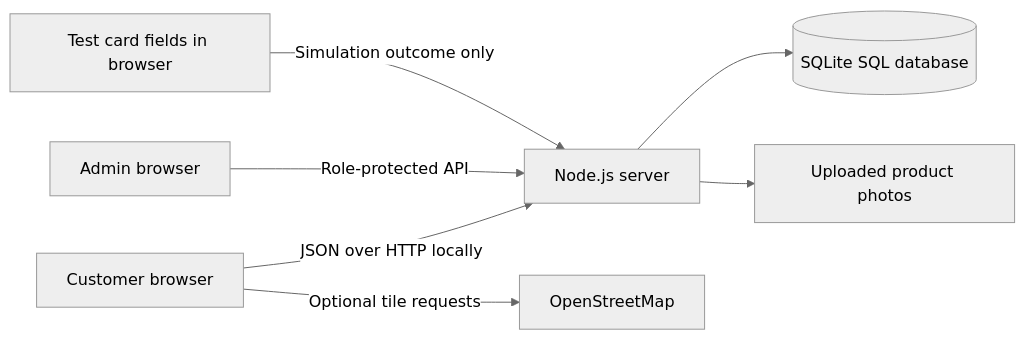
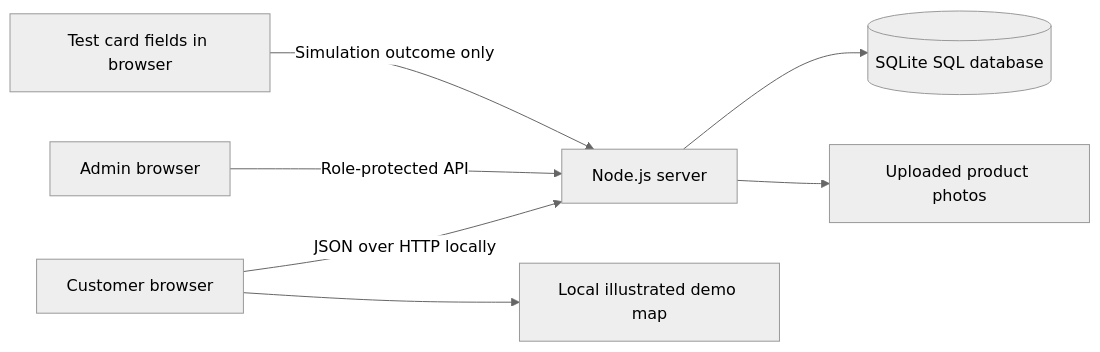
One commit to xynvm120/Sako-Supply changed the diagram in docs/DEFENSE.md. Above: the diagram before and after it, drawn with Mermaid (neutral theme). The commit also changed other lines of this file and 47 other files, not shown here.

````diff
--- a/docs/DEFENSE.md
+++ b/docs/DEFENSE.md
@@ -21,9 +21,9 @@
 ```mermaid
 flowchart LR
     C[Customer browser] -->|JSON over HTTP locally| A[Node.js server]
     M[Admin browser] -->|Role-protected API| A
     A --> D[(SQLite SQL database)]
     A --> F[Uploaded product photos]
-    C -->|Optional tile requests| O[OpenStreetMap]
+    C --> L[Local illustrated demo map]
     P[Test card fields in browser] -->|Simulation outcome only| A
 ```
````
